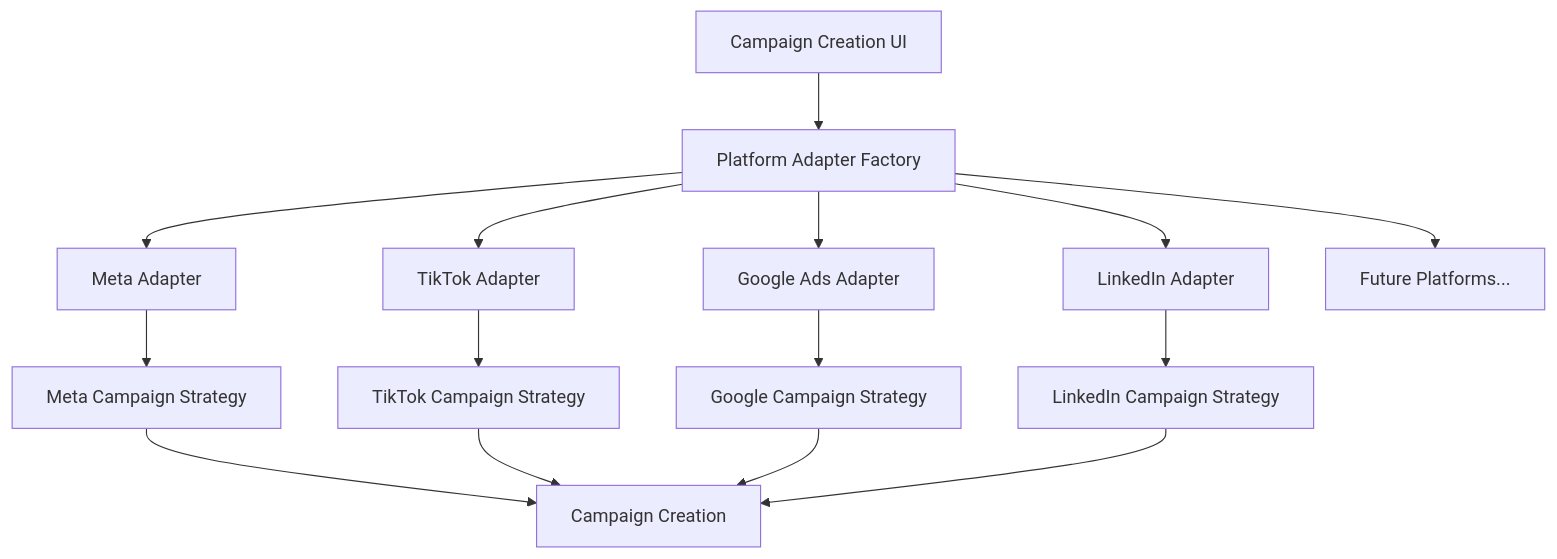
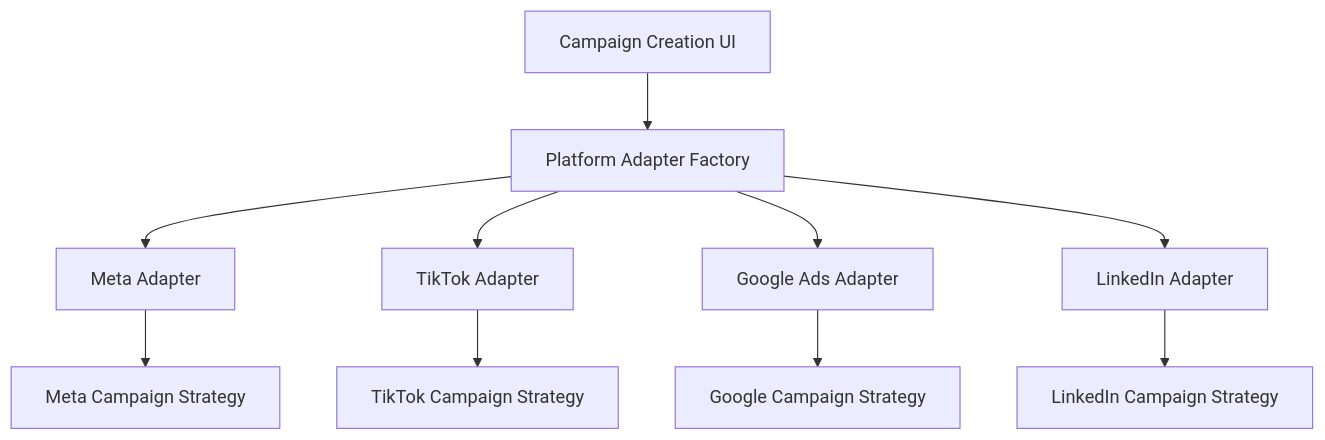
One commit to Yengner/DeepVisor changed the second of 4 diagrams in README.md. Above: the diagram before and after it, drawn with Mermaid. The commit also changed other lines of this file, not shown here.

````diff
--- a/README.md
+++ b/README.md
@@ -84,19 +110,13 @@
 ```mermaid
 graph TD
     A[Campaign Creation UI] --> B[Platform Adapter Factory]
     B --> C[Meta Adapter]
     B --> D[TikTok Adapter]
     B --> E[Google Ads Adapter]
     B --> F[LinkedIn Adapter]
-    B --> G[Future Platforms...]
     
     C --> H[Meta Campaign Strategy]
     D --> I[TikTok Campaign Strategy]
     E --> J[Google Campaign Strategy]
     F --> K[LinkedIn Campaign Strategy]
-    
-    H --> L[Campaign Creation]
-    I --> L
-    J --> L
-    K --> L
 ```
````
